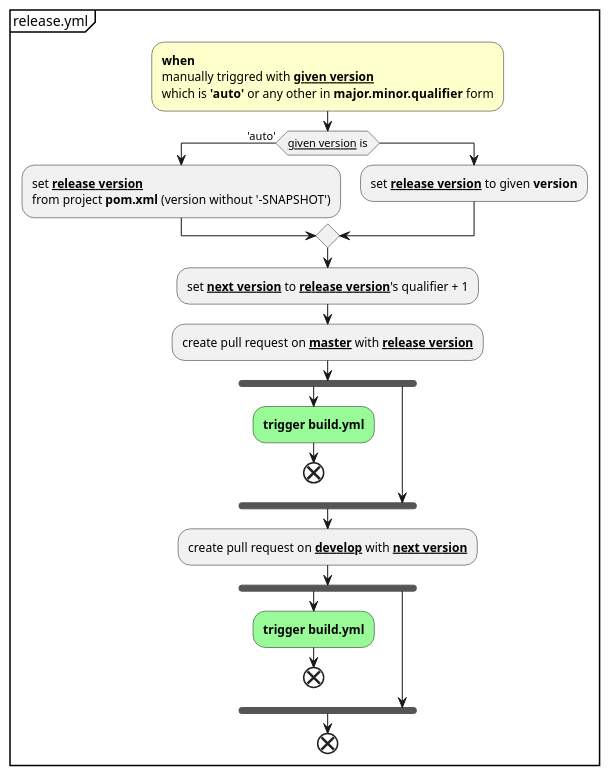
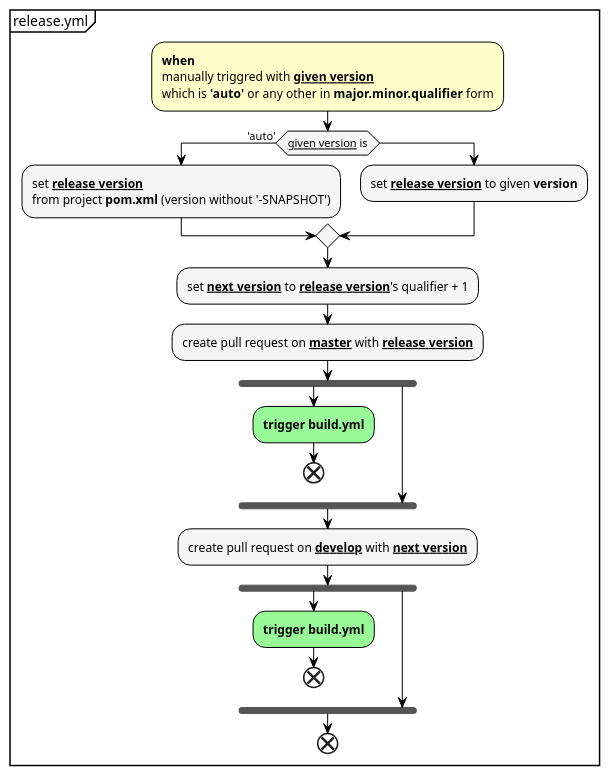
The fifth of 5 diagrams in .github/CIFLOW.adoc (BlackBeltTechnology/structured-map-proxy), drawn with PlantUML before and after one commit. The commit also changed other lines of this file and 6 other files, not shown here.

```diff
--- a/.github/CIFLOW.adoc
+++ b/.github/CIFLOW.adoc
@@ -199,33 +220,40 @@
 [plantuml, release, alt="release.yml"]
 ---------------------------------------------------------------------
 @startuml
 
 partition release.yml {
+  skinparam shadowing false
+  skinparam ActivityBackgroundColor WhiteSmoke
+  skinparam ActivityBorderColor Black
+  skinparam ActivityBorderThickness 1
+  skinparam ArrowColor Black
+  skinparam ActivityDiamondBackgroundColor WhiteSmoke
+  skinparam ActivityDiamondBorderColor Black
 
   #business:**when**\nmanually triggred with **__given version__**\nwhich is **'auto'** or any other in **major.minor.qualifier** form;
 
   if (__given version__ is) then ('auto') 
      :set **__release version__**\nfrom project **pom.xml** (version without '-SNAPSHOT');
   else
      :set **__release version__** to given **version**;
   endif
 
    :set **__next version__** to **__release version__**'s qualifier + 1;
 
   :create pull request on **__master__** with **__release version__**;
   fork
     #palegreen:**trigger build.yml**;
     end
   fork again
   end fork
   :create pull request on **__develop__** with **__next version__**;
   fork
     #palegreen:**trigger build.yml**;
     end
   fork again
   end fork
   end
 }
 
 @enduml
 ---------------------------------------------------------------------
```
